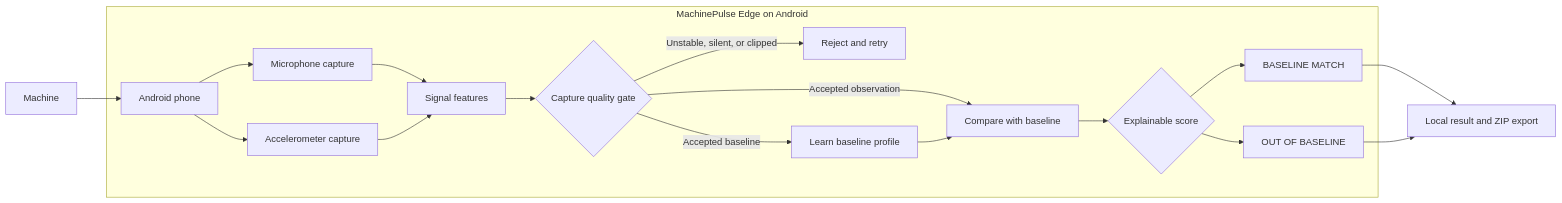
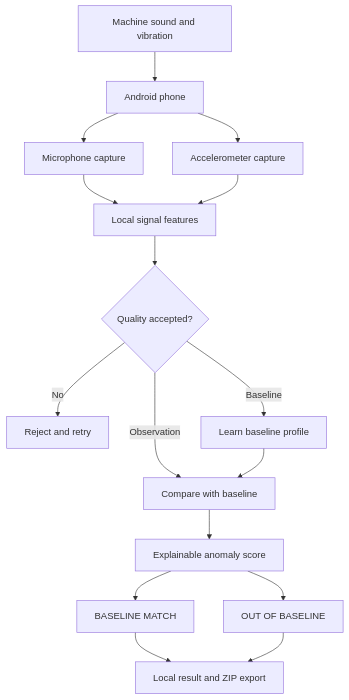
One commit to malsomesh9/machine-pulse changed the first of 2 diagrams in README.md. Above: the diagram before and after it, drawn with Mermaid. The commit also changed other lines of this file, not shown here.

Commit message:
fix(docs): make Mermaid diagrams GitHub compatible

````diff
--- a/README.md
+++ b/README.md
@@ -48,22 +48,18 @@
 ```mermaid
-flowchart LR
-    A[Machine] --> B[Android phone]
-
-    subgraph PHONE[MachinePulse Edge on Android]
-        B --> C[Microphone capture]
-        B --> D[Accelerometer capture]
-        C --> E[Signal features]
-        D --> E
-        E --> F{Capture quality gate}
-        F -->|Unstable, silent, or clipped| G[Reject and retry]
-        F -->|Accepted baseline| H[Learn baseline profile]
-        F -->|Accepted observation| I[Compare with baseline]
-        H --> I
-        I --> J{Explainable score}
-        J --> K[BASELINE MATCH]
-        J --> L[OUT OF BASELINE]
-    end
-
-    K --> M[Local result and ZIP export]
-    L --> M
+flowchart TD
+    machine["Machine sound and vibration"] --> phone["Android phone"]
+    phone --> mic["Microphone capture"]
+    phone --> motion["Accelerometer capture"]
+    mic --> features["Local signal features"]
+    motion --> features
+    features --> quality{"Quality accepted?"}
+    quality -->|No| retry["Reject and retry"]
+    quality -->|Baseline| baseline["Learn baseline profile"]
+    quality -->|Observation| compare["Compare with baseline"]
+    baseline --> compare
+    compare --> score["Explainable anomaly score"]
+    score --> match["BASELINE MATCH"]
+    score --> changed["OUT OF BASELINE"]
+    match --> output["Local result and ZIP export"]
+    changed --> output
 ```
````
